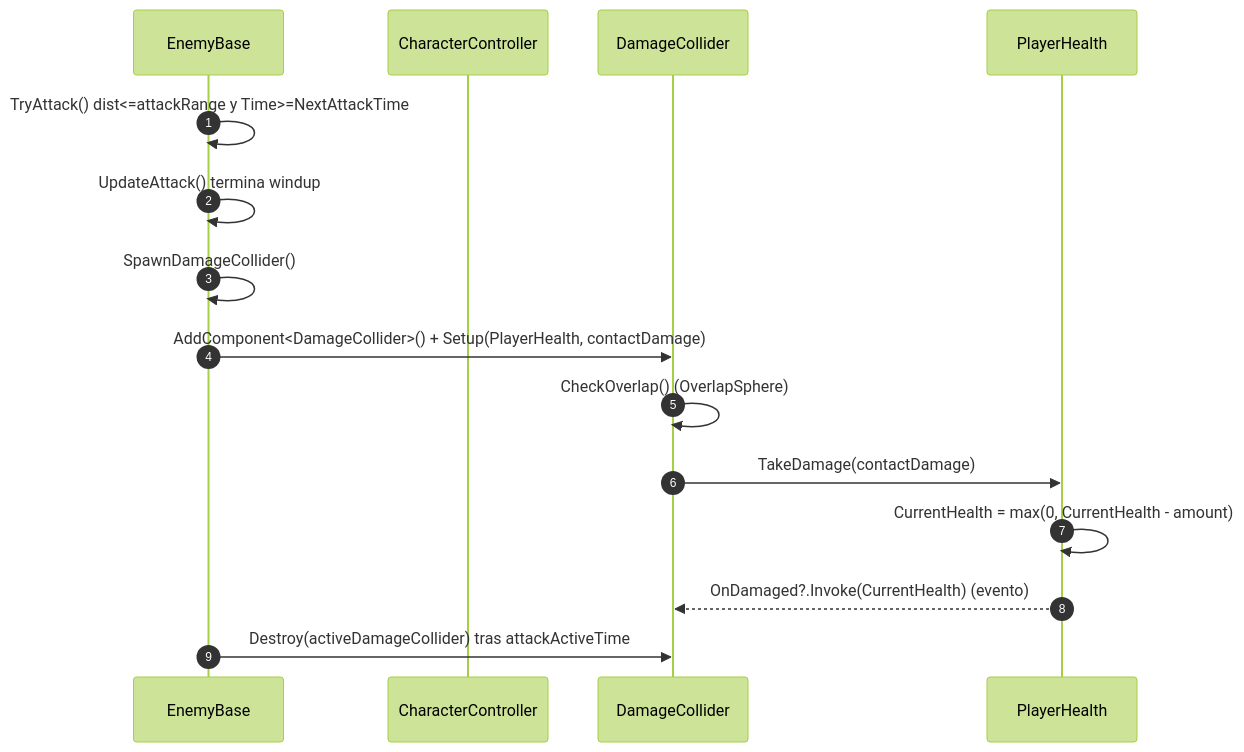
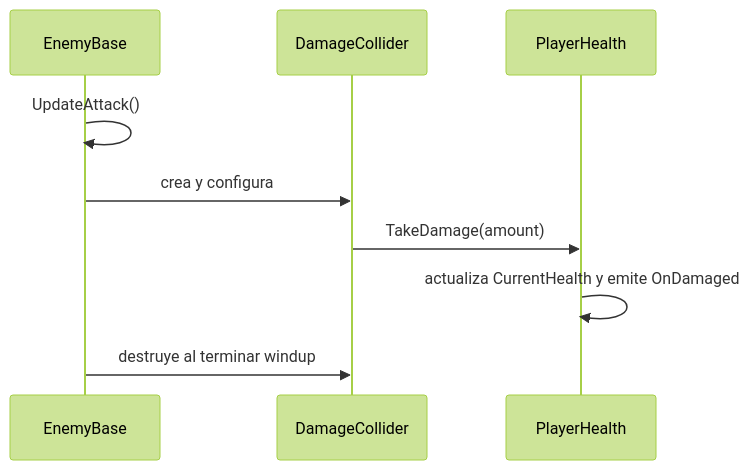
The third of 5 diagrams in Docs/UML_PrisaControlada.md (zarigueyastrimer-art/PrisaControlada), drawn with Mermaid (forest theme) before and after one commit. The commit also changed other lines of this file and 240 other files, not shown here.

````diff
--- a/Docs/UML_PrisaControlada.md
+++ b/Docs/UML_PrisaControlada.md
@@ -894,18 +394,12 @@
 ```mermaid
 sequenceDiagram
-    autonumber
     participant E as EnemyBase
-    participant CC as CharacterController
-    participant DC as DamageCollider
-    participant PH as PlayerHealth
+    participant D as DamageCollider
+    participant H as PlayerHealth
 
-    E->>E: TryAttack() dist<=attackRange y Time>=NextAttackTime
-    E->>E: UpdateAttack() termina windup
-    E->>E: SpawnDamageCollider()
-    E->>DC: AddComponent<DamageCollider>() + Setup(PlayerHealth, contactDamage)
-    DC->>DC: CheckOverlap() (OverlapSphere)
-    DC->>PH: TakeDamage(contactDamage)
-    PH->>PH: CurrentHealth = max(0, CurrentHealth - amount)
-    PH-->>DC: OnDamaged?.Invoke(CurrentHealth) (evento)
-    E->>DC: Destroy(activeDamageCollider) tras attackActiveTime
+    E->>E: UpdateAttack()
+    E->>D: crea y configura
+    D->>H: TakeDamage(amount)
+    H->>H: actualiza CurrentHealth y emite OnDamaged
+    E->>D: destruye al terminar windup
 ```
````
